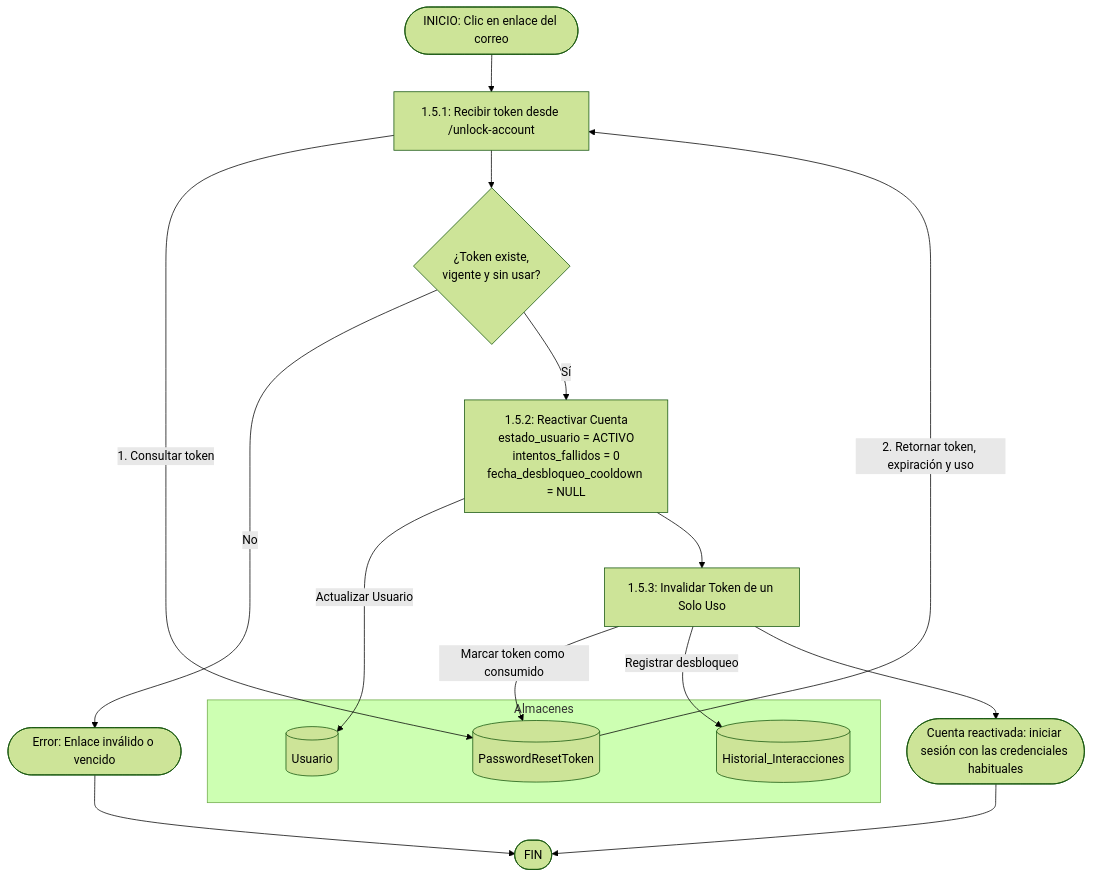
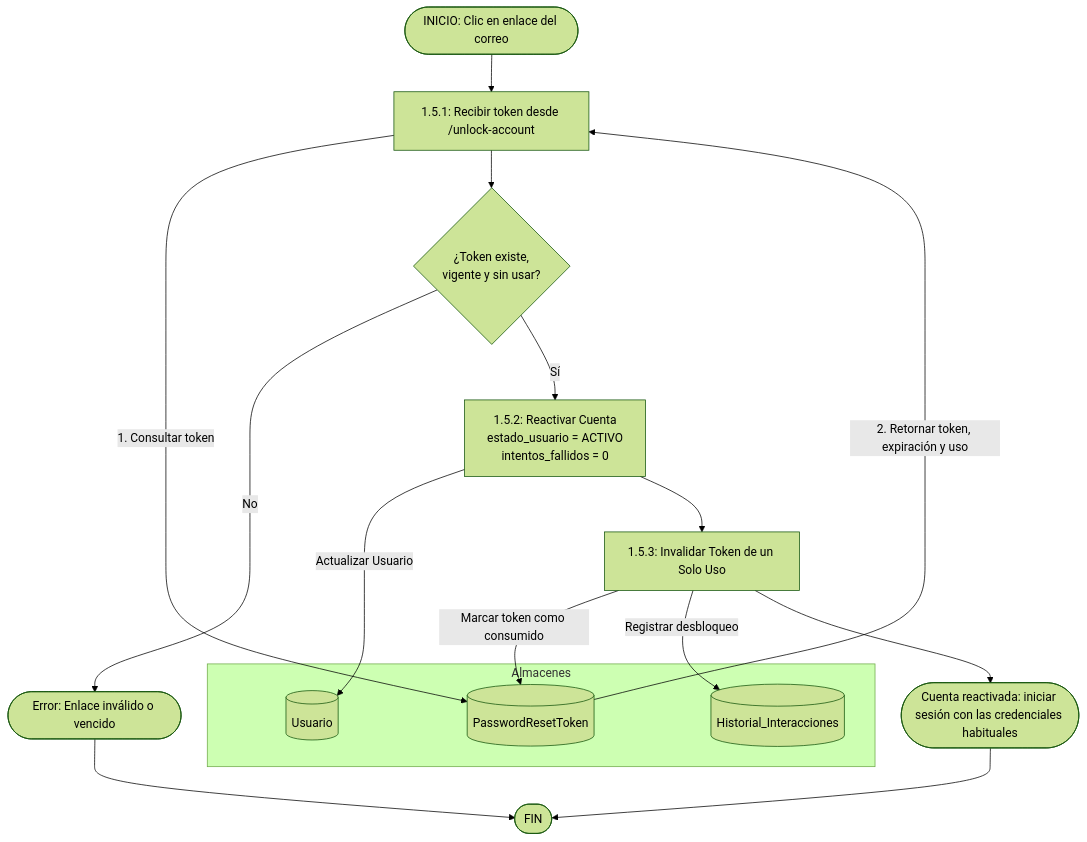
The second of 2 diagrams in docs/diagrams/login_registro/login.md (dev-gastong/Enexia), drawn with Mermaid (forest theme) before and after one commit. The commit also changed 26 other files, not shown here.

````diff
--- a/docs/diagrams/login_registro/login.md
+++ b/docs/diagrams/login_registro/login.md
@@ -100,26 +100,26 @@
 ```mermaid
 graph TD
     INICIO([INICIO: Clic en enlace del correo]) --> P1_5_1[1.5.1: Recibir token desde /unlock-account]
 
     subgraph Almacenes
         D2_User[(Usuario)]
         D7_Tokens[(PasswordResetToken)]
         D6_Logs[(Historial_Interacciones)]
     end
 
     P1_5_1 -->|1. Consultar token| D7_Tokens
     D7_Tokens -->|2. Retornar token, expiración y uso| P1_5_1
 
     P1_5_1 --> C_Token{¿Token existe,<br>vigente y sin usar?}
     C_Token -->|No| Err_Token([Error: Enlace inválido o vencido])
 
-    C_Token -->|Sí| P1_5_2["1.5.2: Reactivar Cuenta<br>estado_usuario = ACTIVO<br>intentos_fallidos = 0<br>fecha_desbloqueo_cooldown = NULL"]
+    C_Token -->|Sí| P1_5_2["1.5.2: Reactivar Cuenta<br>estado_usuario = ACTIVO<br>intentos_fallidos = 0"]
     P1_5_2 -->|Actualizar Usuario| D2_User
     P1_5_2 --> P1_5_3[1.5.3: Invalidar Token de un Solo Uso]
     P1_5_3 -->|Marcar token como consumido| D7_Tokens
     P1_5_3 -->|Registrar desbloqueo| D6_Logs
     P1_5_3 --> Ok([Cuenta reactivada: iniciar sesión con las credenciales habituales])
 
     Err_Token --> FIN([FIN])
     Ok --> FIN
 ```
````
